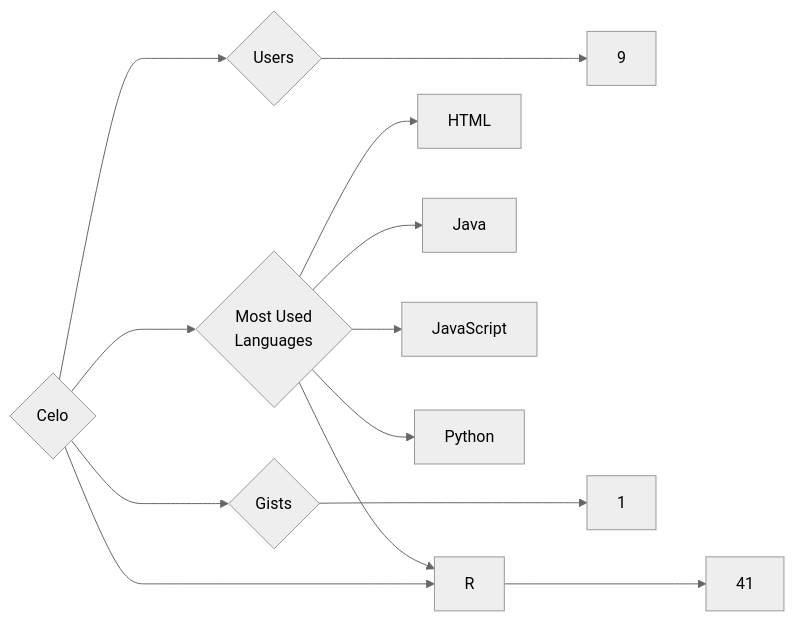
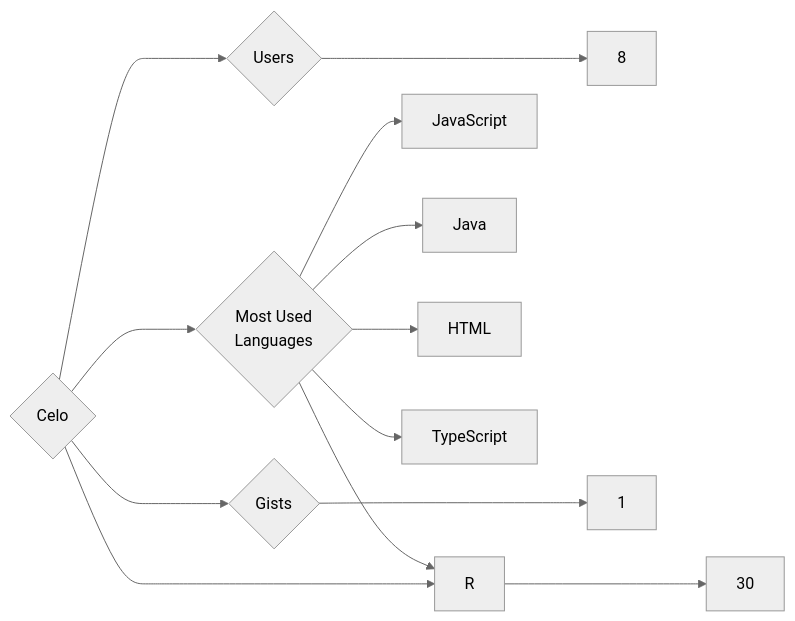
Before and after one commit to trickest/insiders: the diagram in targets/Celo/README.md, drawn with Mermaid (neutral theme). The commit also changed 916 other files, not shown here.

````diff
--- a/targets/Celo/README.md
+++ b/targets/Celo/README.md
@@ -3,13 +3,13 @@
 ```mermaid
 graph LR
 COMPANY_NAME{Celo}
-COMPANY_NAME ---> U{Users} ---> UN[9]
-COMPANY_NAME ---> R{Repositories} ---> RN[41]
+COMPANY_NAME ---> U{Users} ---> UN[8]
+COMPANY_NAME ---> R{Repositories} ---> RN[30]
 COMPANY_NAME ---> G{Gists} ---> GN[1]
 COMPANY_NAME ---> ML{Most Used<br>Languages}
+ML --> JavaScript[JavaScript]
+ML --> Java[Java]
 ML --> HTML[HTML]
-ML --> Java[Java]
-ML --> JavaScript[JavaScript]
 ML --> R[R]
-ML --> Python[Python]
+ML --> TypeScript[TypeScript]
 ```
````
